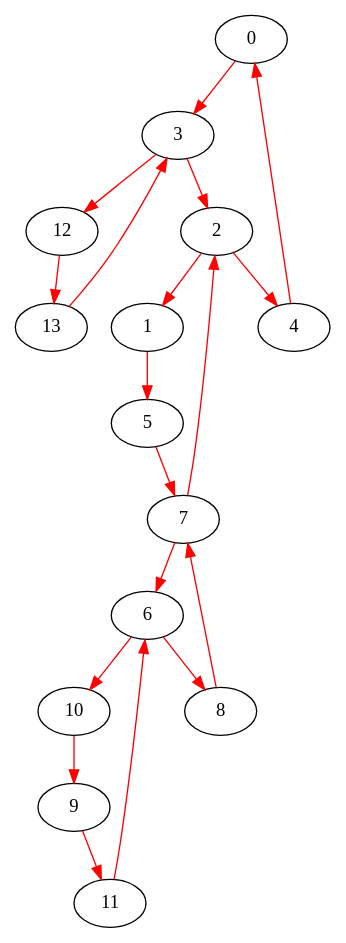
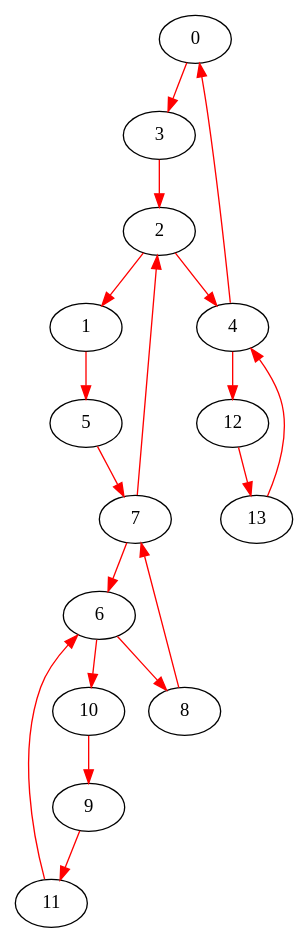
Before and after one commit to amitkvikram/CS2100: the diagram in week4b/eulerian/multiloopnew.dot, drawn with Graphviz. The commit also changed 4 other files, not shown here.

```diff
--- a/week4b/eulerian/multiloopnew.dot
+++ b/week4b/eulerian/multiloopnew.dot
@@ -1,21 +1,21 @@
 digraph multiloop{
 	0 -> 3[color=red];
-	3 -> 12[color=red];
-	12 -> 13[color=red];
-	13 -> 3[color=red];
 	3 -> 2[color=red];
 	2 -> 1[color=red];
 	1 -> 5[color=red];
 	5 -> 7[color=red];
 	7 -> 6[color=red];
 	6 -> 10[color=red];
 	10 -> 9[color=red];
 	9 -> 11[color=red];
 	11 -> 6[color=red];
 	6 -> 8[color=red];
 	8 -> 7[color=red];
 	7 -> 2[color=red];
 	2 -> 4[color=red];
+	4 -> 12[color=red];
+	12 -> 13[color=red];
+	13 -> 4[color=red];
 	4 -> 0[color=red];
 	13
 }
```
